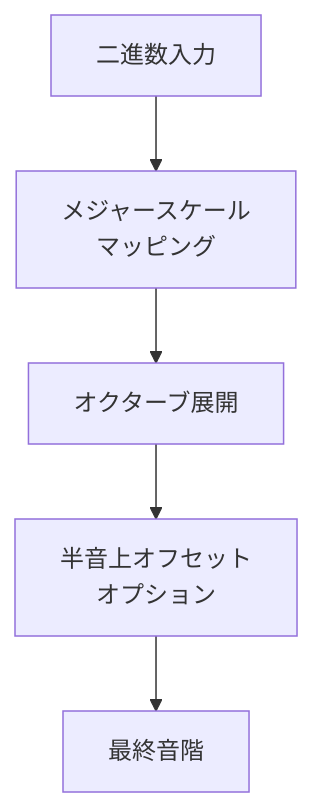
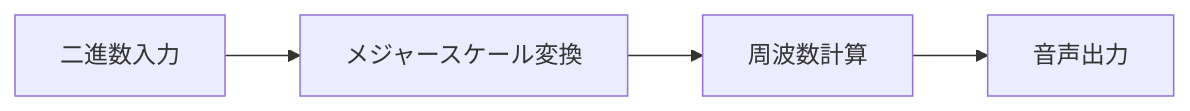
One commit to cou723/digital_finger_instruments changed the diagram in README.md. Above: the diagram before and after it, drawn with Mermaid. The commit also changed other lines of this file and 5 other files, not shown here.

````diff
--- a/README.md
+++ b/README.md
@@ -27,7 +15,6 @@
 ```mermaid
-graph TD
-    A[二進数入力] --> B[メジャースケール<br/>マッピング]
-    B --> C[オクターブ展開]
-    C --> D[半音上オフセット<br/>オプション]
-    D --> E[最終音階]
+graph LR
+    A[二進数入力] --> B[メジャースケール変換]
+    B --> C[周波数計算]
+    C --> D[音声出力]
 ```
````
